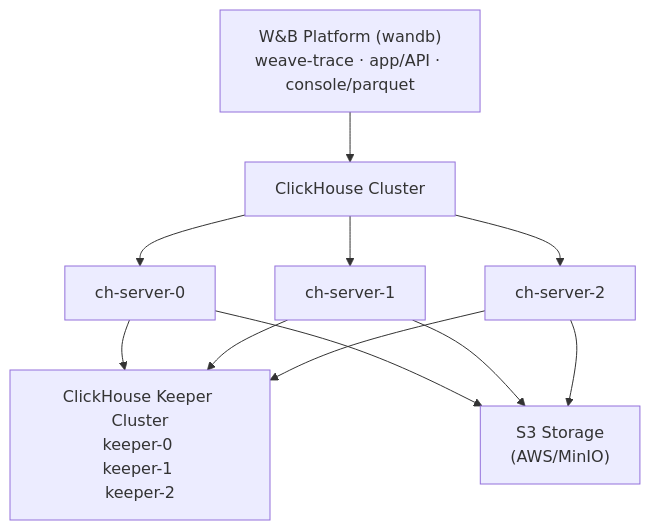
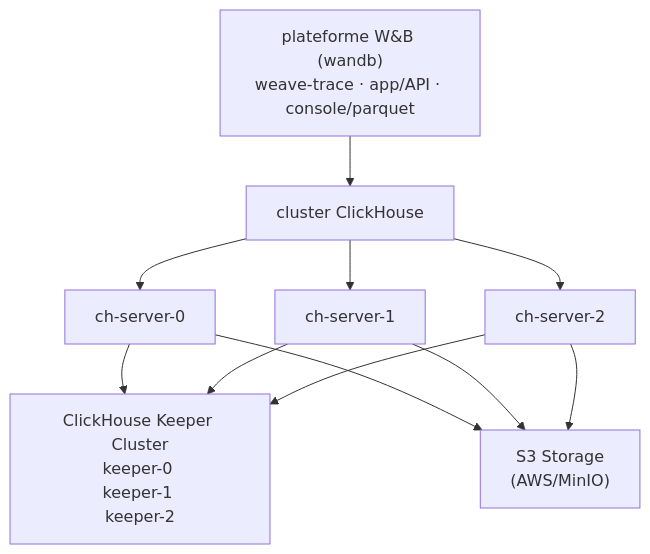
Before and after one commit to wandb/docs: the diagram in fr/weave/guides/platform/weave-self-managed.mdx, drawn with Mermaid. The commit also changed other lines of this file and 2852 other files, not shown here.

````diff
--- a/fr/weave/guides/platform/weave-self-managed.mdx
+++ b/fr/weave/guides/platform/weave-self-managed.mdx
@@ -35,13 +35,13 @@
 ```mermaid
 graph TD
-    A["W&B Platform (wandb)<br/>weave-trace · app/API · console/parquet"] --> B["ClickHouse Cluster"]
+    A["plateforme W&B (wandb)<br/>weave-trace · app/API · console/parquet"] --> B["cluster ClickHouse"]
     B --> C["ch-server-0"]
     B --> D["ch-server-1"]
     B --> E["ch-server-2"]
     C --> F["ClickHouse Keeper Cluster<br/>keeper-0 <br/>keeper-1 <br/>keeper-2"]
     D --> F
     E --> F
     C --> G["S3 Storage<br/>(AWS/MinIO)"]
     D --> G
     E --> G
 ```
````
